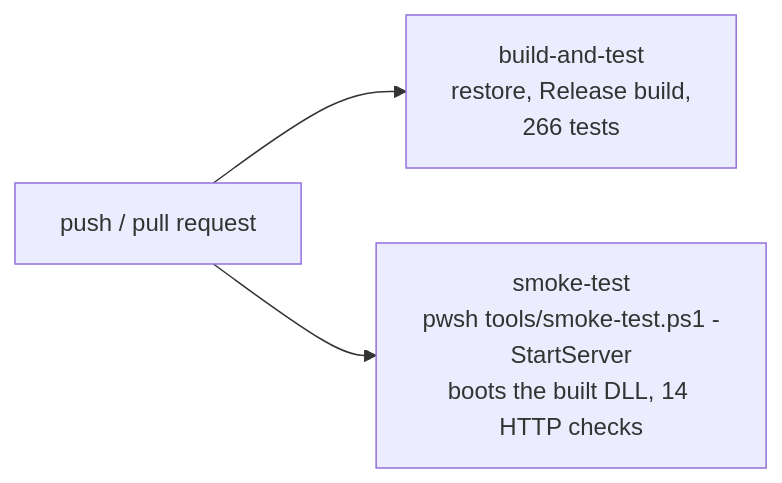
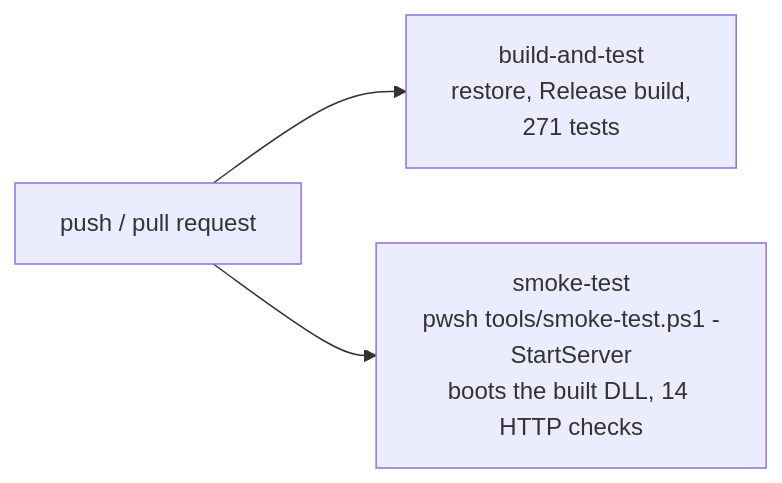
One commit to bgard68/Net10Sudoku changed the diagram in docs/testing.md. Above: the diagram before and after it, drawn with Mermaid. The commit also changed other lines of this file and 2 other files, not shown here.

First line of the commit message:
test: pin the inward dependency direction with architecture tests

````diff
--- a/docs/testing.md
+++ b/docs/testing.md
@@ -217,5 +218,5 @@
 ```mermaid
 flowchart LR
-    Push["push / pull request"] --> A["build-and-test<br/>restore, Release build,<br/>266 tests"]
+    Push["push / pull request"] --> A["build-and-test<br/>restore, Release build,<br/>271 tests"]
     Push --> B["smoke-test<br/>pwsh tools/smoke-test.ps1 -StartServer<br/>boots the built DLL, 14 HTTP checks"]
 ```
````
